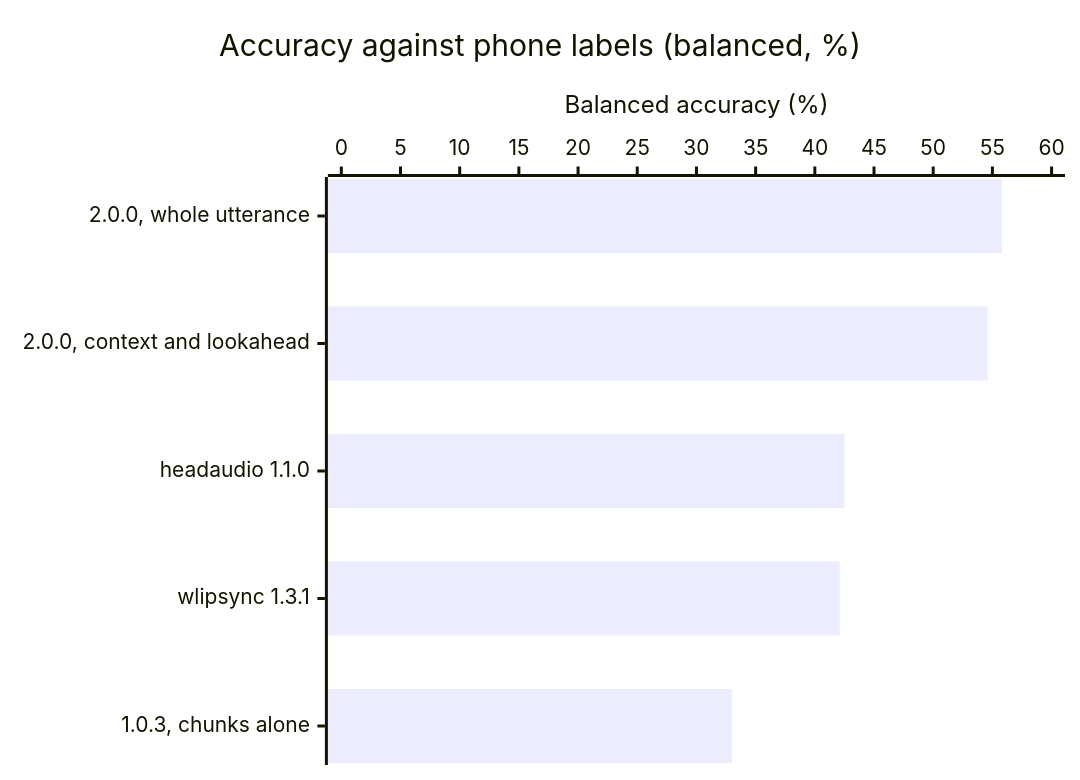
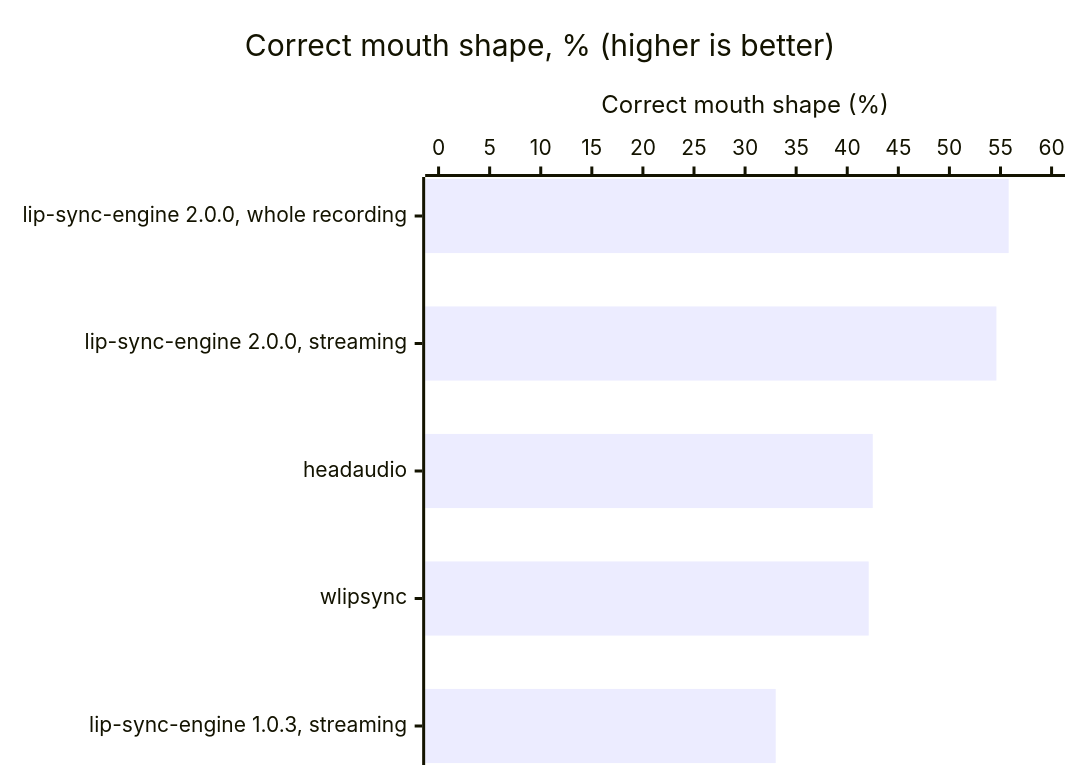
One commit to biolimbo/lip-sync-engine changed the first of 3 diagrams in BENCHMARK.md. Above: the diagram before and after it, drawn with Mermaid. The commit also changed other lines of this file, not shown here.

Commit message:
docs: explain how to read each benchmark chart

````diff
--- a/BENCHMARK.md
+++ b/BENCHMARK.md
@@ -26,7 +28,7 @@
 ```mermaid
 xychart-beta horizontal
-    title "Accuracy against phone labels (balanced, %)"
-    x-axis ["2.0.0, whole utterance", "2.0.0, context and lookahead", "headaudio 1.1.0", "wlipsync 1.3.1", "1.0.3, chunks alone"]
-    y-axis "Balanced accuracy (%)" 0 --> 60
+    title "Correct mouth shape, % (higher is better)"
+    x-axis ["lip-sync-engine 2.0.0, whole recording", "lip-sync-engine 2.0.0, streaming", "headaudio", "wlipsync", "lip-sync-engine 1.0.3, streaming"]
+    y-axis "Correct mouth shape (%)" 0 --> 60
     bar [55.8, 54.6, 42.5, 42.1, 33.0]
 ```
````
